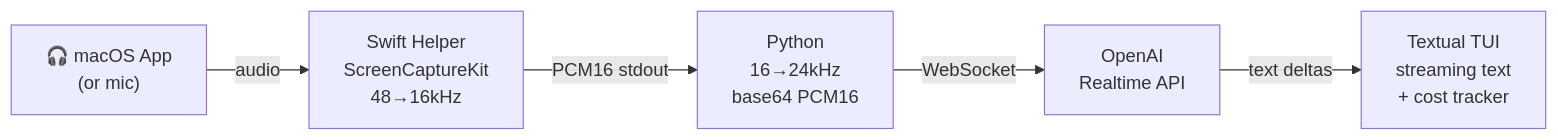
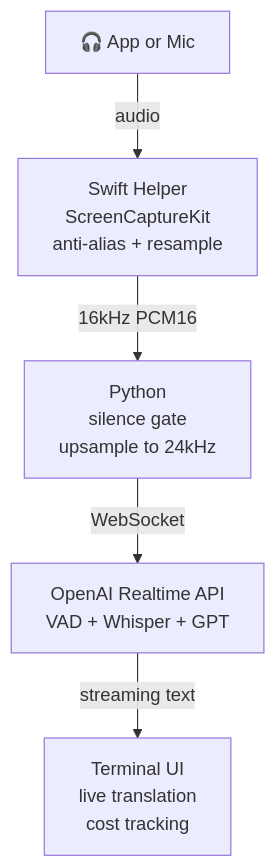
One commit to mcinteerj/langlistn changed the diagram in README.md. Above: the diagram before and after it, drawn with Mermaid. The commit also changed other lines of this file and 9 other files, not shown here.

First line of the commit message:
Fix audio deadlock, improve TUI, add model selection

````diff
--- a/README.md
+++ b/README.md
@@ -11,7 +11,7 @@
 ```mermaid
-flowchart LR
-    A["🎧 macOS App\n(or mic)"] -->|audio| B["Swift Helper\nScreenCaptureKit\n48→16kHz"]
-    B -->|PCM16 stdout| C["Python\n16→24kHz\nbase64 PCM16"]
-    C -->|WebSocket| D["OpenAI\nRealtime API"]
-    D -->|text deltas| E["Textual TUI\nstreaming text\n+ cost tracker"]
+flowchart TD
+    A["🎧 App or Mic"] -->|audio| B["Swift Helper<br/>ScreenCaptureKit<br/>anti-alias + resample"]
+    B -->|16kHz PCM16| C["Python<br/>silence gate<br/>upsample to 24kHz"]
+    C -->|WebSocket| D["OpenAI Realtime API<br/>VAD + Whisper + GPT"]
+    D -->|streaming text| E["Terminal UI<br/>live translation<br/>cost tracking"]
 ```
````
